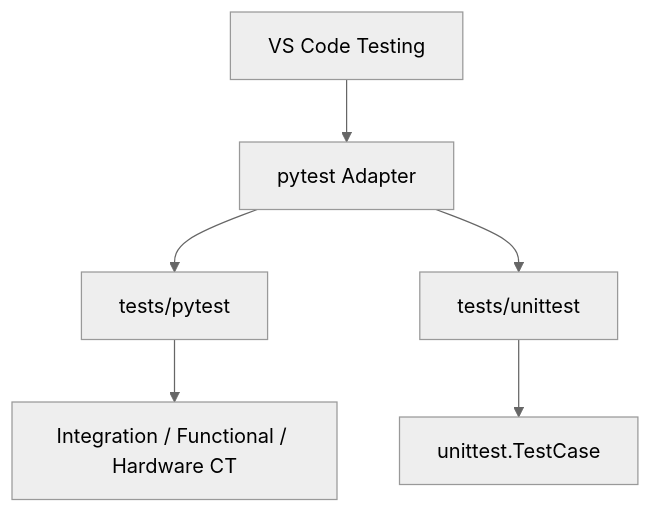
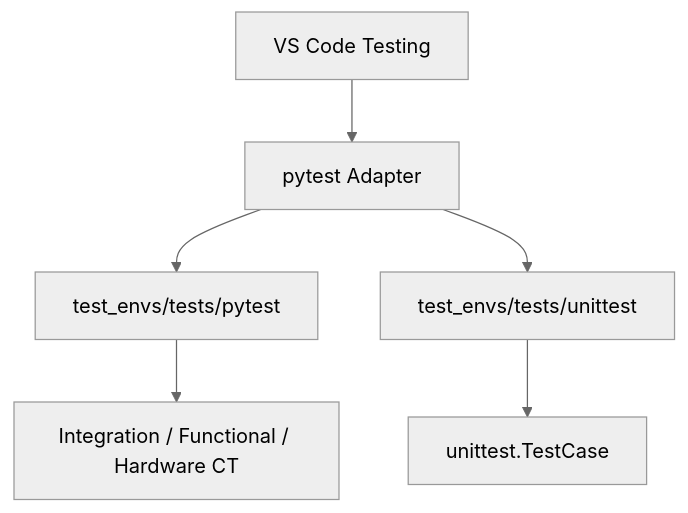
The third of 5 diagrams in docs/index.md (JeonghunLee/AI-driven-CI-CT), drawn with Mermaid (neutral theme) before and after one commit. The commit also changed other lines of this file and 180 other files, not shown here.

````diff
--- a/docs/index.md
+++ b/docs/index.md
@@ -160,8 +160,8 @@
 ```mermaid
 flowchart TD
     A[VS Code Testing] --> B[pytest Adapter]
-    B --> C[tests/pytest]
-    B --> D[tests/unittest]
+    B --> C[test_envs/tests/pytest]
+    B --> D[test_envs/tests/unittest]
     C --> E[Integration / Functional / Hardware CT]
     D --> F[unittest.TestCase]
 ```
````
